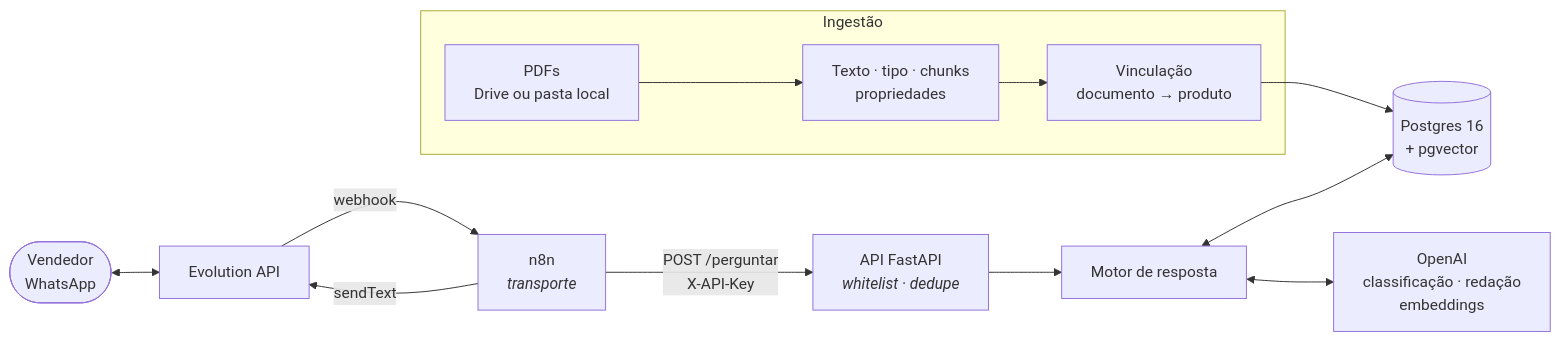
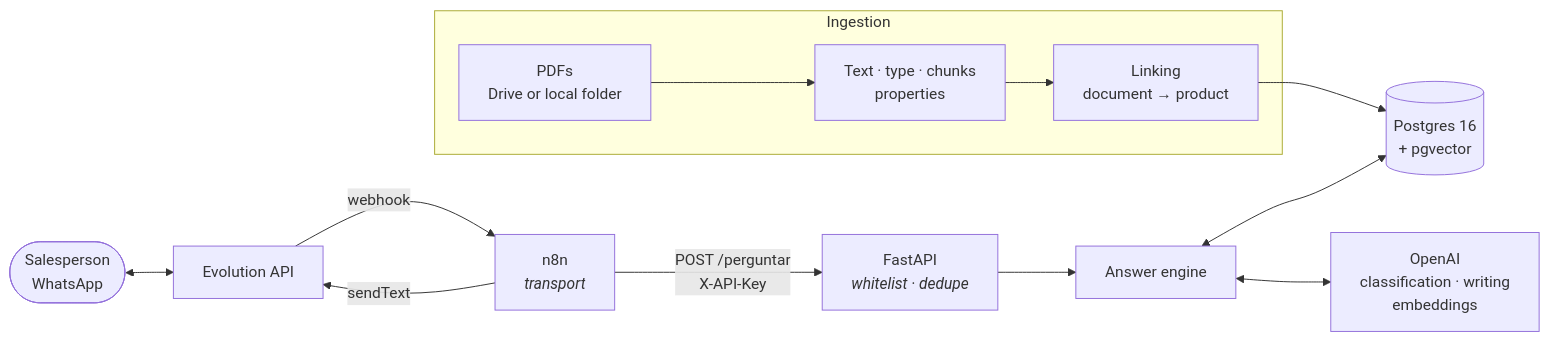
Before and after one commit to Renan-Maciel-Santos/bot-fichas-tecnicas: the first of 3 diagrams in README.md, drawn with Mermaid. The commit also changed other lines of this file, not shown here.

````diff
--- a/README.md
+++ b/README.md
@@ -55,16 +65,16 @@
 ```mermaid
 flowchart LR
-    V([Vendedor<br/>WhatsApp]) <--> E[Evolution API]
-    E -- webhook --> N[n8n<br/><i>transporte</i>]
-    N -- "POST /perguntar<br/>X-API-Key" --> A[API FastAPI<br/><i>whitelist · dedupe</i>]
-    A --> M[Motor de resposta]
+    V([Salesperson<br/>WhatsApp]) <--> E[Evolution API]
+    E -- webhook --> N[n8n<br/><i>transport</i>]
+    N -- "POST /perguntar<br/>X-API-Key" --> A[FastAPI<br/><i>whitelist · dedupe</i>]
+    A --> M[Answer engine]
     M <--> DB[(Postgres 16<br/>+ pgvector)]
-    M <--> O[OpenAI<br/>classificação · redação<br/>embeddings]
+    M <--> O[OpenAI<br/>classification · writing<br/>embeddings]
     N -- sendText --> E
 
-    subgraph Ingestão
-        D[PDFs<br/>Drive ou pasta local] --> I[Texto · tipo · chunks<br/>propriedades]
-        I --> L[Vinculação<br/>documento → produto]
+    subgraph Ingestion
+        D[PDFs<br/>Drive or local folder] --> I[Text · type · chunks<br/>properties]
+        I --> L[Linking<br/>document → product]
     end
     L --> DB
 ```
````
